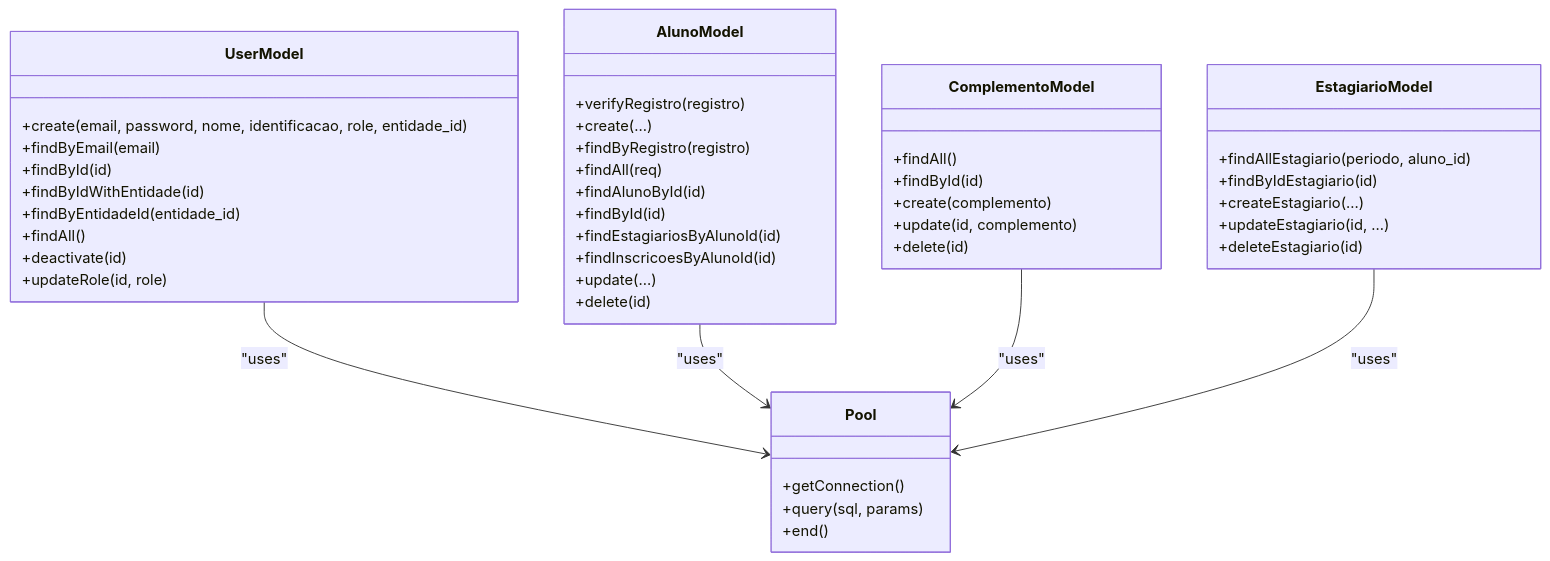
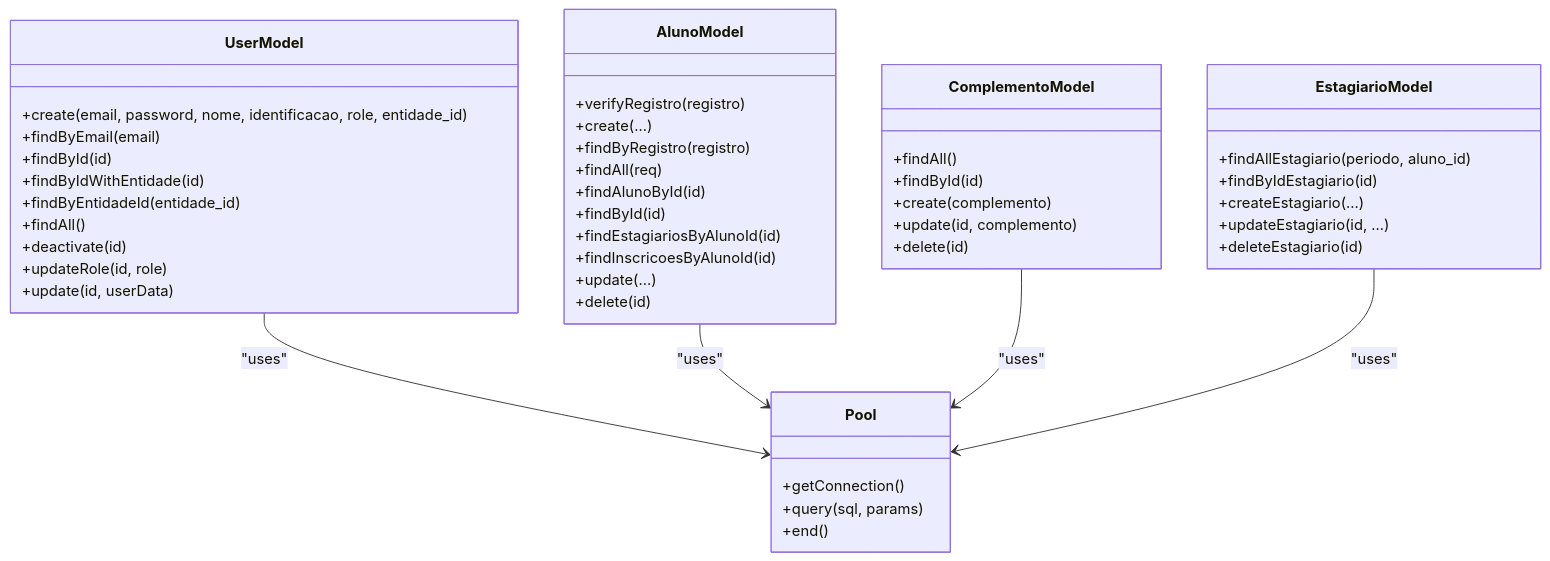
The fourth of 7 diagrams in .qoder/repowiki/en/content/Data Models & Database Design/Database Architecture & Connection Management/Database Architecture & Connection Management.md (luiseduacosta/nodemural), drawn with Mermaid before and after one commit. The commit also changed other lines of this file and 16 other files, not shown here.

````diff
--- a/.qoder/repowiki/en/content/Data Models & Database Design/Database Architecture & Connection Management/Database Architecture & Connection Management.md
+++ b/.qoder/repowiki/en/content/Data Models & Database Design/Database Architecture & Connection Management/Database Architecture & Connection Management.md
@@ -234,48 +278,49 @@
 ```mermaid
 classDiagram
 class UserModel {
 +create(email, password, nome, identificacao, role, entidade_id)
 +findByEmail(email)
 +findById(id)
 +findByIdWithEntidade(id)
 +findByEntidadeId(entidade_id)
 +findAll()
 +deactivate(id)
 +updateRole(id, role)
++update(id, userData)
 }
 class AlunoModel {
 +verifyRegistro(registro)
 +create(...)
 +findByRegistro(registro)
 +findAll(req)
 +findAlunoById(id)
 +findById(id)
 +findEstagiariosByAlunoId(id)
 +findInscricoesByAlunoId(id)
 +update(...)
 +delete(id)
 }
 class ComplementoModel {
 +findAll()
 +findById(id)
 +create(complemento)
 +update(id, complemento)
 +delete(id)
 }
 class EstagiarioModel {
 +findAllEstagiario(periodo, aluno_id)
 +findByIdEstagiario(id)
 +createEstagiario(...)
 +updateEstagiario(id, ...)
 +deleteEstagiario(id)
 }
 class Pool {
 +getConnection()
 +query(sql, params)
 +end()
 }
 UserModel --> Pool : "uses"
 AlunoModel --> Pool : "uses"
 ComplementoModel --> Pool : "uses"
 EstagiarioModel --> Pool : "uses"
 ```
````
